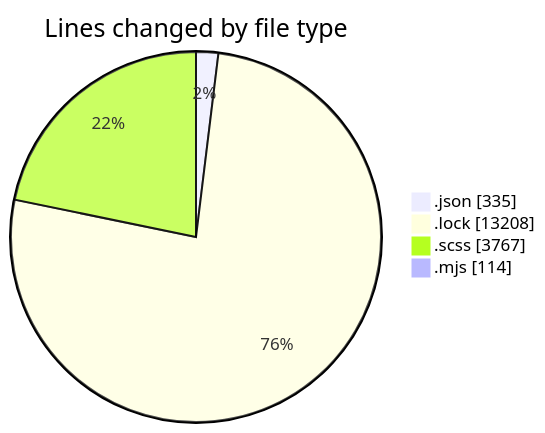
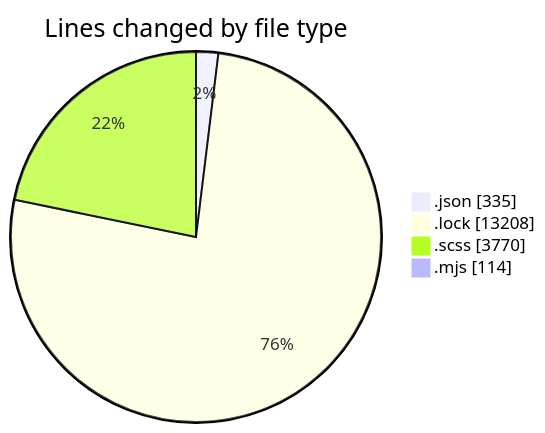
The first of 2 diagrams in 2026-01-26/cda/README.md (momahboobian/code-tracking), drawn with Mermaid before and after one commit. The commit also changed other lines of this file and 1 other file, not shown here.

````diff
--- a/2026-01-26/cda/README.md
+++ b/2026-01-26/cda/README.md
@@ -30,8 +30,8 @@
 ```mermaid
 pie showData
 title Lines changed by file type
 ".json" : 335
 ".lock" : 13208
-".scss" : 3767
+".scss" : 3770
 ".mjs" : 114
 ```
````
